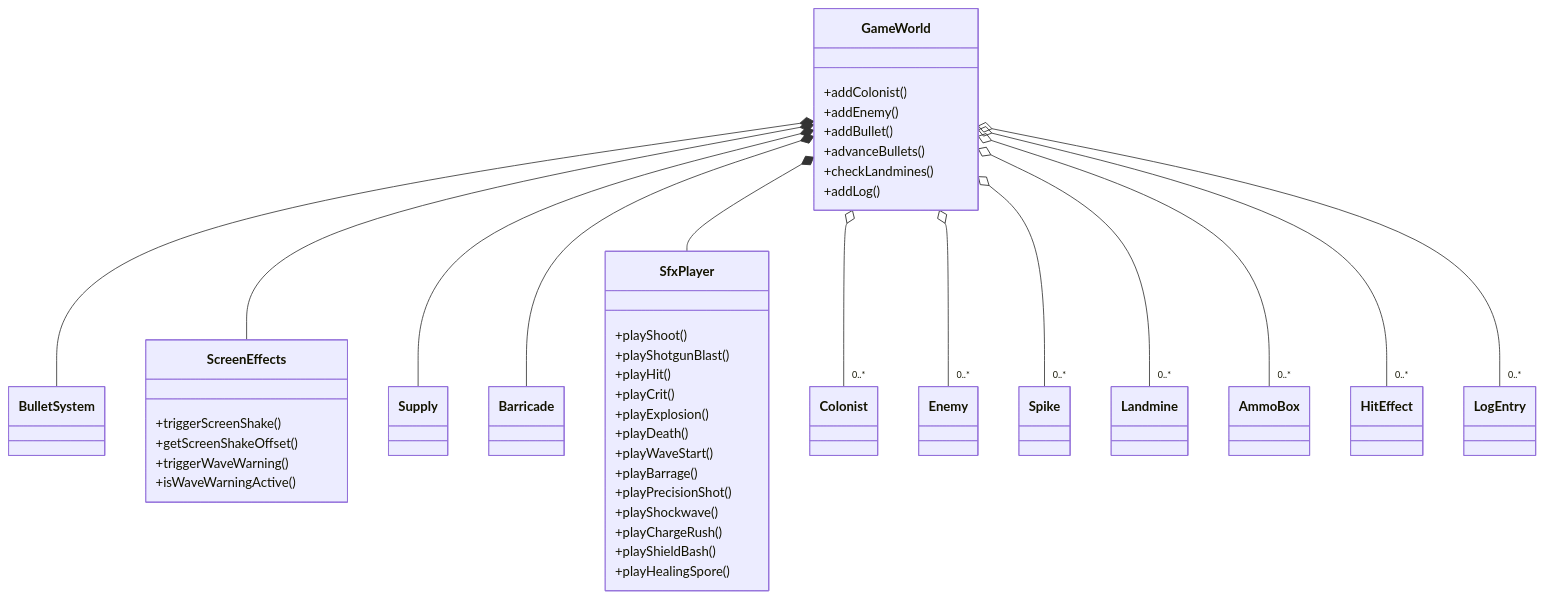
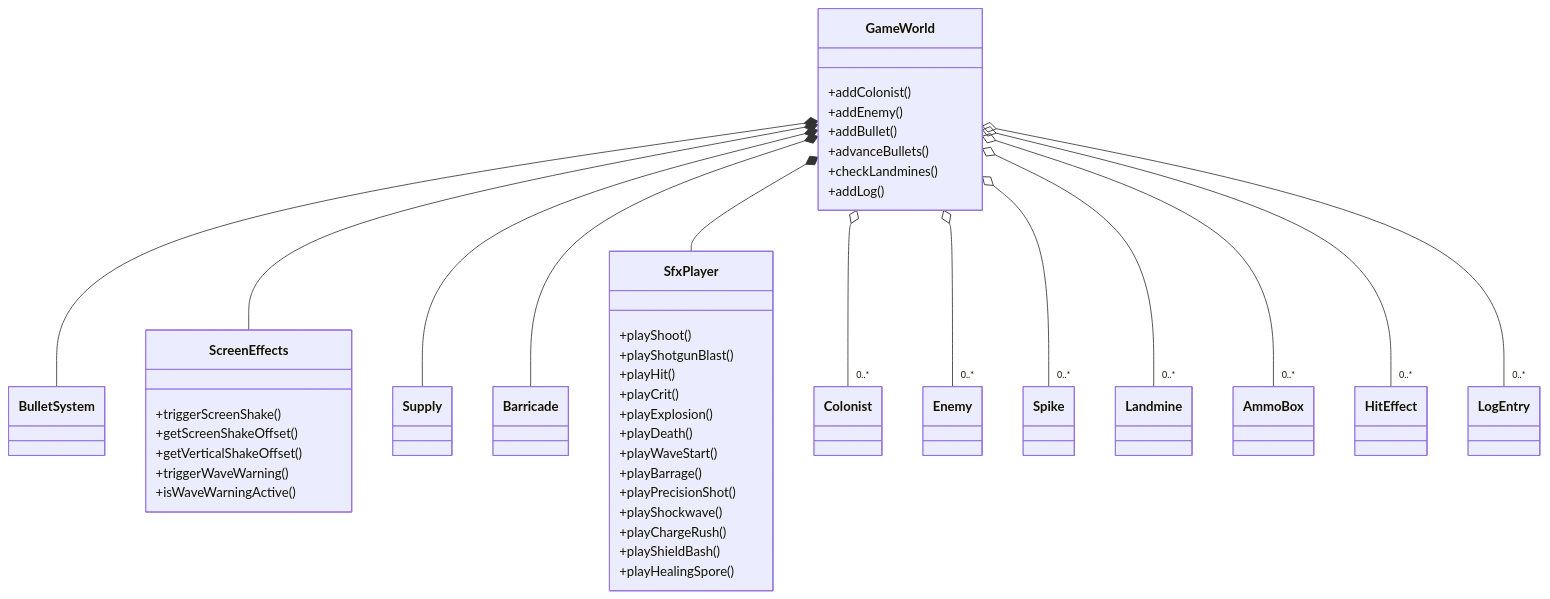
One commit to weweweme/teamnova_basic_class changed the seventh of 12 diagrams in week6/CLAUDE.md. Above: the diagram before and after it, drawn with Mermaid. The commit also changed other lines of this file and 7 other files, not shown here.

````diff
--- a/week6/CLAUDE.md
+++ b/week6/CLAUDE.md
@@ -343,45 +345,46 @@
 ```mermaid
 classDiagram
     GameWorld *-- BulletSystem
     GameWorld *-- ScreenEffects
     GameWorld *-- Supply
     GameWorld *-- Barricade
     GameWorld *-- SfxPlayer
     GameWorld o-- "0..*" Colonist
     GameWorld o-- "0..*" Enemy
     GameWorld o-- "0..*" Spike
     GameWorld o-- "0..*" Landmine
     GameWorld o-- "0..*" AmmoBox
     GameWorld o-- "0..*" HitEffect
     GameWorld o-- "0..*" LogEntry
 
     class GameWorld {
         +addColonist()
         +addEnemy()
         +addBullet()
         +advanceBullets()
         +checkLandmines()
         +addLog()
     }
     class ScreenEffects {
         +triggerScreenShake()
         +getScreenShakeOffset()
+        +getVerticalShakeOffset()
         +triggerWaveWarning()
         +isWaveWarningActive()
     }
     class SfxPlayer {
         +playShoot()
         +playShotgunBlast()
         +playHit()
         +playCrit()
         +playExplosion()
         +playDeath()
         +playWaveStart()
         +playBarrage()
         +playPrecisionShot()
         +playShockwave()
         +playChargeRush()
         +playShieldBash()
         +playHealingSpore()
     }
 ```
````
